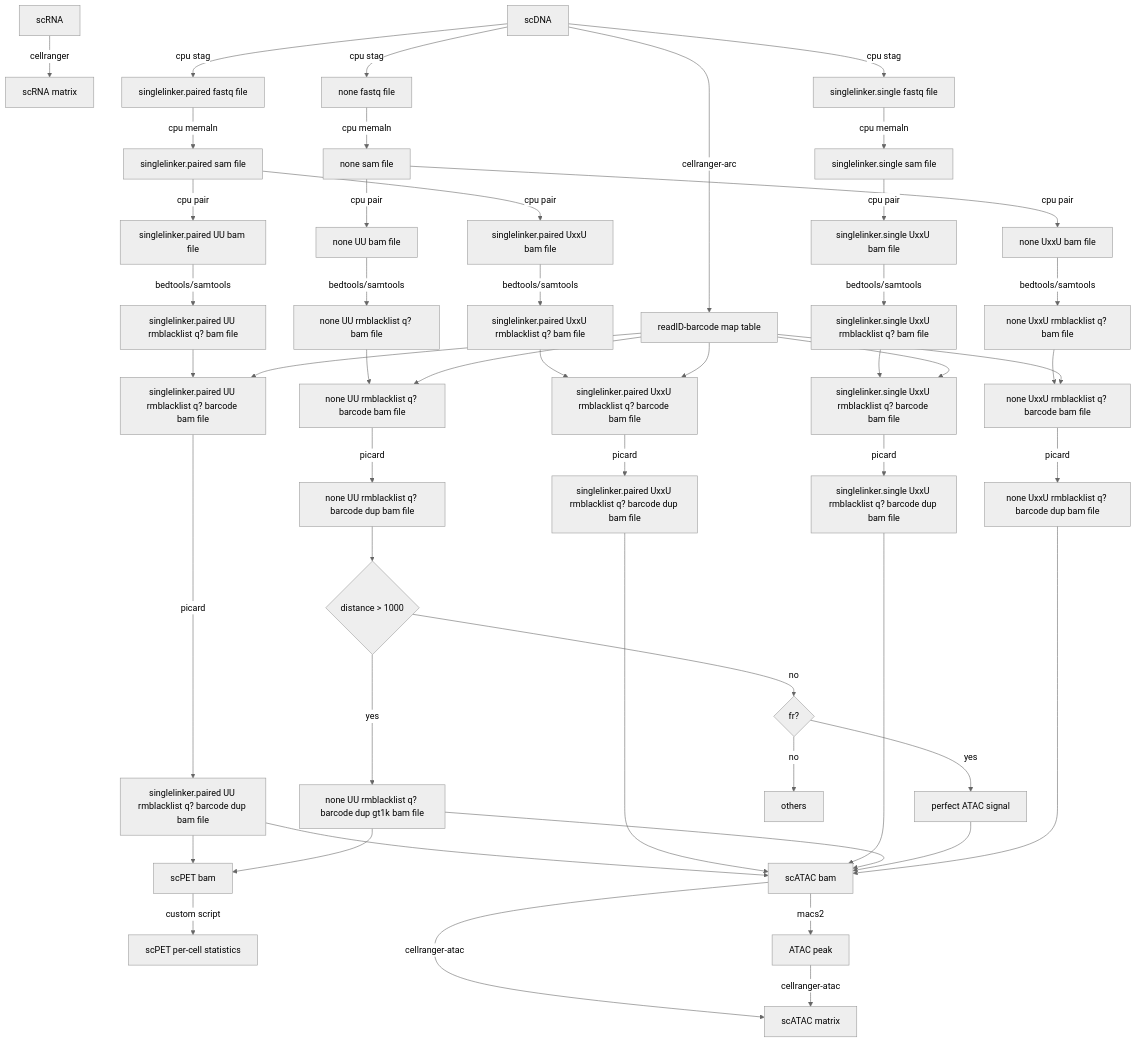
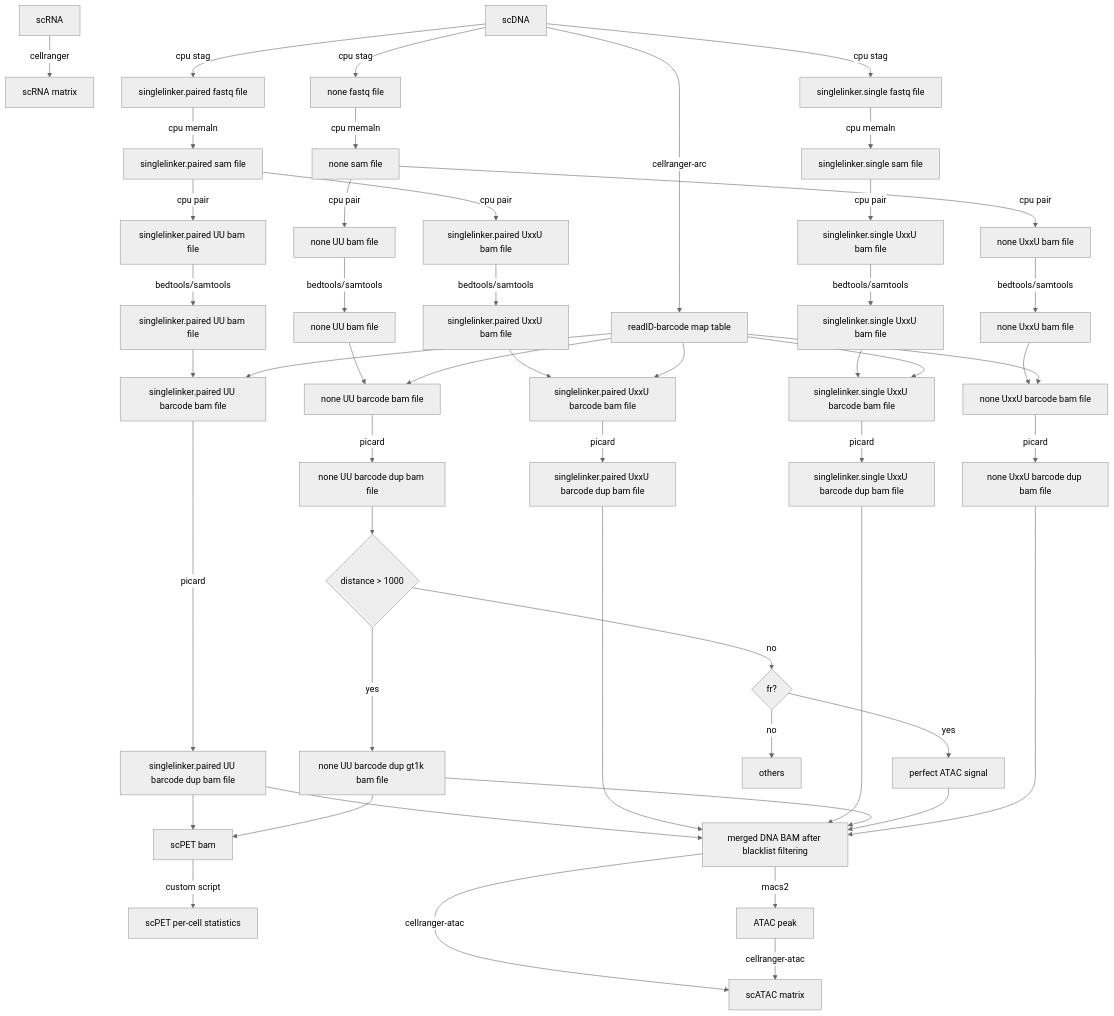
The diagram in README.md (Chang-An2002/ChAIR-PIPE), drawn with Mermaid (neutral theme) before and after one commit. The commit also changed other lines of this file, not shown here.

Commit message:
Align README filtering diagram and FASTQ working directory with the workflow

````diff
--- a/README.md
+++ b/README.md
@@ -6,59 +6,59 @@
 ```mermaid
 graph TD;
 AA[scRNA] -- cellranger --> BB[scRNA matrix];
 CC[scDNA] -- cellranger-arc --> DD[readID-barcode map table];
 CC -- cpu stag --> CB[singlelinker.single fastq file];
 CC -- cpu stag --> CA[singlelinker.paired fastq file];
 CC -- cpu stag --> CD[none fastq file];
 CA -- cpu memaln --> EE[singlelinker.paired sam file];
 CB -- cpu memaln --> FF[singlelinker.single sam file];
 CD -- cpu memaln --> GG[none sam file];
 EE -- cpu pair --> EA[singlelinker.paired UU bam file]
 EE -- cpu pair --> EB[singlelinker.paired UxxU bam file]
 FF -- cpu pair --> FA[singlelinker.single UxxU bam file]
 GG -- cpu pair --> GA[none UU bam file]
 GG -- cpu pair --> GB[none UxxU bam file]
-EA -- bedtools/samtools --> EH[singlelinker.paired UU rmblacklist q? bam file]
-EB -- bedtools/samtools --> EI[singlelinker.paired UxxU rmblacklist q? bam file]
-FA -- bedtools/samtools --> FH[singlelinker.single UxxU rmblacklist q? bam file]
-GA -- bedtools/samtools --> GH[none UU rmblacklist q? bam file]
-GB -- bedtools/samtools --> GI[none UxxU rmblacklist q? bam file]
+EA -- bedtools/samtools --> EH[singlelinker.paired UU bam file]
+EB -- bedtools/samtools --> EI[singlelinker.paired UxxU bam file]
+FA -- bedtools/samtools --> FH[singlelinker.single UxxU bam file]
+GA -- bedtools/samtools --> GH[none UU bam file]
+GB -- bedtools/samtools --> GI[none UxxU bam file]
 
-EH --> AEH[singlelinker.paired UU rmblacklist q? barcode bam file]
-EI --> AEI[singlelinker.paired UxxU rmblacklist q? barcode bam file]
-FH --> AFH[singlelinker.single UxxU rmblacklist q? barcode bam file]
-GH --> AGH[none UU rmblacklist q? barcode bam file]
-GI --> AGI[none UxxU rmblacklist q? barcode bam file]
+EH --> AEH[singlelinker.paired UU barcode bam file]
+EI --> AEI[singlelinker.paired UxxU barcode bam file]
+FH --> AFH[singlelinker.single UxxU barcode bam file]
+GH --> AGH[none UU barcode bam file]
+GI --> AGI[none UxxU barcode bam file]
 DD --> AEH
 DD --> AEI
 DD --> AFH
 DD --> AGH
 DD --> AGI
 
-AEH -- picard --> HA[singlelinker.paired UU rmblacklist q? barcode dup bam file]
-AEI -- picard --> HB[singlelinker.paired UxxU rmblacklist q? barcode dup bam file]
-AFH -- picard --> HC[singlelinker.single UxxU rmblacklist q? barcode dup bam file]
-AGH -- picard --> HD[none UU rmblacklist q? barcode dup bam file]
-AGI -- picard --> HE[none UxxU rmblacklist q? barcode dup bam file]
+AEH -- picard --> HA[singlelinker.paired UU barcode dup bam file]
+AEI -- picard --> HB[singlelinker.paired UxxU barcode dup bam file]
+AFH -- picard --> HC[singlelinker.single UxxU barcode dup bam file]
+AGH -- picard --> HD[none UU barcode dup bam file]
+AGI -- picard --> HE[none UxxU barcode dup bam file]
 
 HD --> HF{distance > 1000}
-HF -- yes --> HG[none UU rmblacklist q? barcode dup gt1k bam file]
+HF -- yes --> HG[none UU barcode dup gt1k bam file]
 HF -- no --> HH{fr?}
 HH -- yes --> HI[perfect ATAC signal]
 HH -- no --> HJ[others]
 
 HA --> KK[scPET bam]
 HG --> KK
 KK -- custom script --> LL[scPET per-cell statistics]
 
-HA --> II[scATAC bam]
+HA --> II[merged DNA BAM after blacklist filtering]
 HB --> II
 HC --> II
 HG --> II
 HI --> II
 HE --> II
 
 II -- macs2 --> IIA[ATAC peak]
 II -- cellranger-atac --> JJ[scATAC matrix]
 IIA -- cellranger-atac --> JJ
 ```
````
